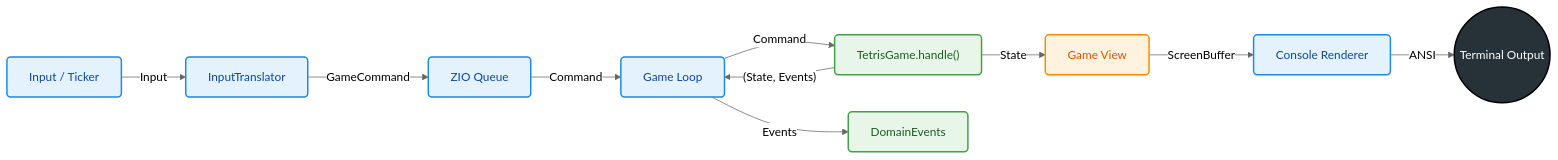
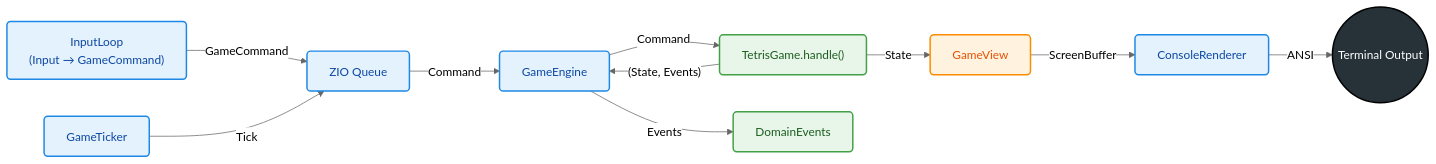
Before and after one commit to fffclaypool/monadris: the first of 3 diagrams in README.md, drawn with Mermaid (neutral theme). The commit also changed other lines of this file and 8 other files, not shown here.

First line of the commit message:
test: improve coverage for PieceQueue, TetrisGame, ActivePiece

````diff
--- a/README.md
+++ b/README.md
@@ -34,31 +34,31 @@
 ```mermaid
 graph LR
     %% Styles
     classDef infra fill:#e3f2fd,stroke:#1e88e5,stroke-width:2px,color:#0d47a1,rx:5,ry:5;
     classDef core fill:#e8f5e9,stroke:#43a047,stroke-width:2px,color:#1b5e20,rx:5,ry:5;
     classDef view fill:#fff3e0,stroke:#fb8c00,stroke-width:2px,color:#e65100,rx:5,ry:5;
     classDef terminal fill:#263238,stroke:#000000,stroke-width:2px,color:#ffffff,rx:10,ry:10;
 
-    Input["Input / Ticker"]:::infra
-    Translator["InputTranslator"]:::infra
+    InputLoop["InputLoop<br/>(Input → GameCommand)"]:::infra
+    Ticker["GameTicker"]:::infra
     Queue["ZIO Queue"]:::infra
-    Loop["Game Loop"]:::infra
-    Renderer["Console Renderer"]:::infra
+    Engine["GameEngine"]:::infra
+    Renderer["ConsoleRenderer"]:::infra
 
     Game["TetrisGame.handle()"]:::core
     Events["DomainEvents"]:::core
 
-    View["Game View"]:::view
+    View["GameView"]:::view
 
     Terminal(("Terminal Output")):::terminal
 
-    Input -->|Input| Translator
-    Translator -->|GameCommand| Queue
-    Queue -->|Command| Loop
-    Loop -->|Command| Game
-    Game -->|"(State, Events)"| Loop
-    Loop -->|Events| Events
+    InputLoop -->|GameCommand| Queue
+    Ticker -->|Tick| Queue
+    Queue -->|Command| Engine
+    Engine -->|Command| Game
+    Game -->|"(State, Events)"| Engine
+    Engine -->|Events| Events
     Game -->|State| View
     View -->|ScreenBuffer| Renderer
     Renderer -->|ANSI| Terminal
 ```
````
